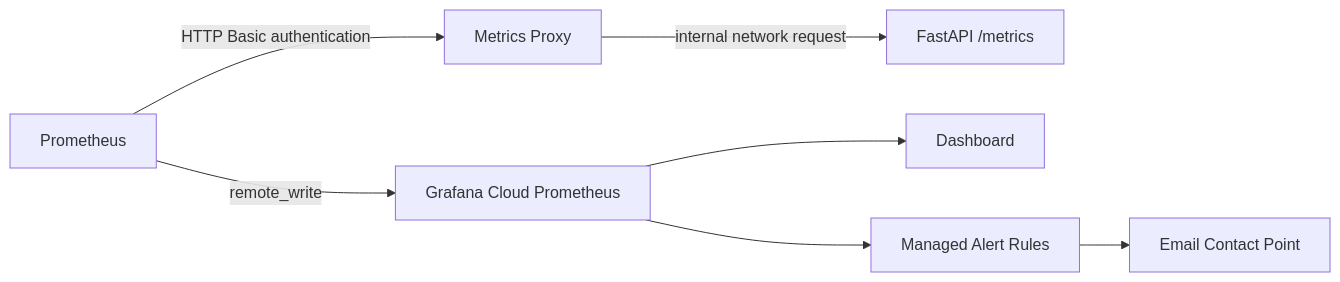
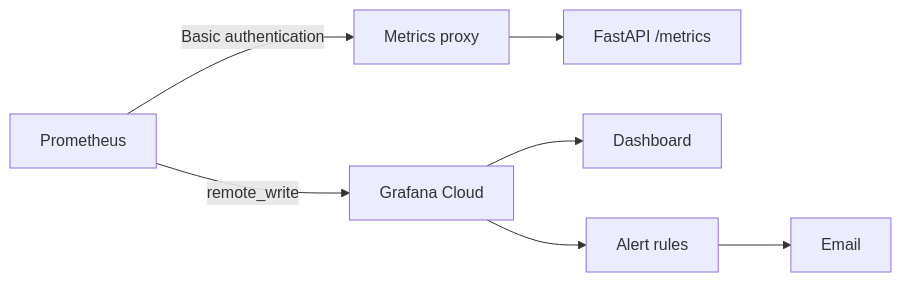
Before and after one commit to sepantakamali/E2EPRAIIP: the diagram in docs/observability.md, drawn with Mermaid. The commit also changed other lines of this file and 9 other files, not shown here.

````diff
--- a/docs/observability.md
+++ b/docs/observability.md
@@ -24,9 +23,9 @@
 ```mermaid
 flowchart LR
-    Prometheus -->|HTTP Basic authentication| Proxy[Metrics Proxy]
-    Proxy -->|internal network request| API[FastAPI /metrics]
-    Prometheus -->|remote_write| Cloud[Grafana Cloud Prometheus]
-    Cloud --> Dashboard[Dashboard]
-    Cloud --> Rules[Managed Alert Rules]
-    Rules --> Email[Email Contact Point]
+    Prometheus -->|Basic authentication| Proxy[Metrics proxy]
+    Proxy --> API[FastAPI /metrics]
+    Prometheus -->|remote_write| Cloud[Grafana Cloud]
+    Cloud --> Dashboard
+    Cloud --> Alerts[Alert rules]
+    Alerts --> Email
 ```
````
